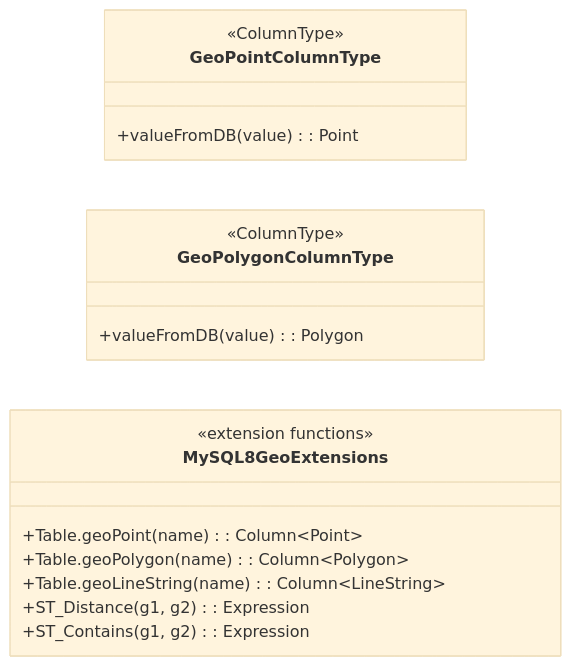
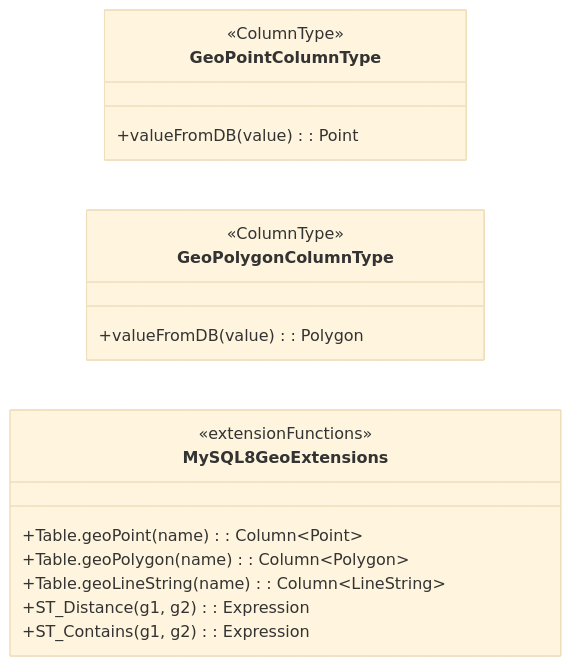
Before and after one commit to bluetape4k/bluetape4k-projects: the second of 2 diagrams in data/exposed-mysql8/README.md, drawn with Mermaid (base theme). The commit also changed 95 other files, not shown here.

First line of the commit message:
docs: Mermaid 파서 오류 전체 수정 (IntelliJ IDEA 호환)

````diff
--- a/data/exposed-mysql8/README.md
+++ b/data/exposed-mysql8/README.md
@@ -35,26 +35,21 @@
 ```mermaid
 classDiagram
     direction LR
     class GeoPointColumnType {
         <<ColumnType>>
         +valueFromDB(value): Point
     }
     class GeoPolygonColumnType {
         <<ColumnType>>
         +valueFromDB(value): Polygon
     }
     class MySQL8GeoExtensions {
-        <<extension functions>>
+        <<extensionFunctions>>
         +Table.geoPoint(name): Column~Point~
         +Table.geoPolygon(name): Column~Polygon~
         +Table.geoLineString(name): Column~LineString~
         +ST_Distance(g1, g2): Expression
         +ST_Contains(g1, g2): Expression
     }
 
-    classDef tableStyle fill:#9C27B0
-    classDef serviceStyle fill:#4CAF50
-    class GeoPointColumnType:::tableStyle
-    class GeoPolygonColumnType:::tableStyle
-    class MySQL8GeoExtensions:::serviceStyle
 ```
````
